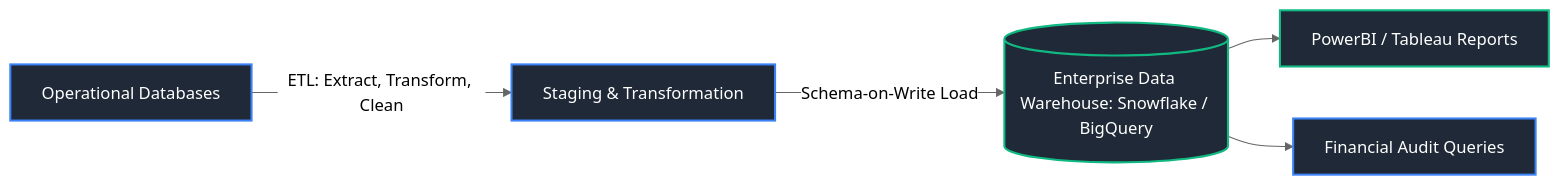
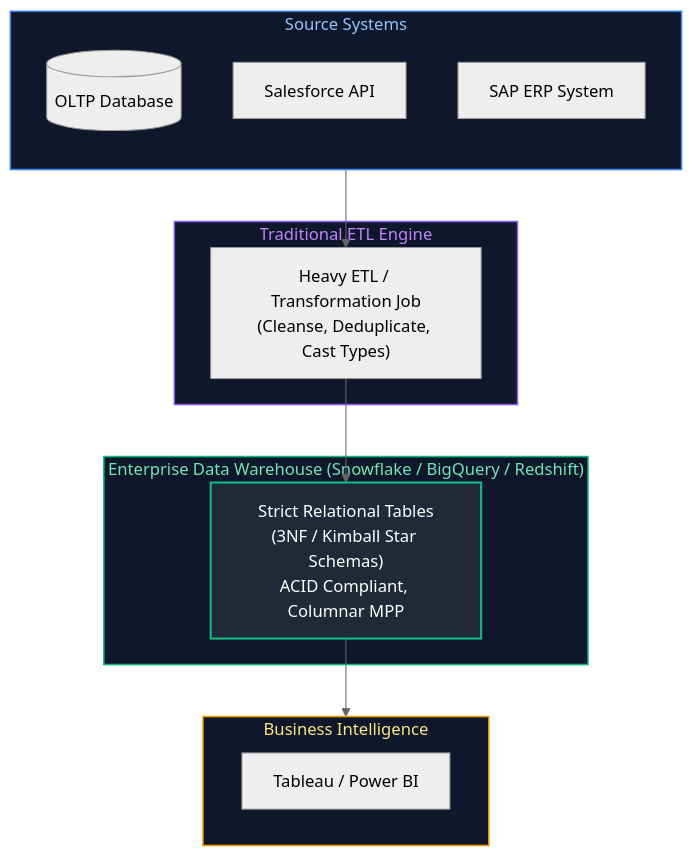
Before and after one commit to joydeep-biswas/Interview-Preparation: the third of 30 diagrams in Data Engineering/06_data_architecture_and_modeling.md, drawn with Mermaid (neutral theme). The commit also changed other lines of this file and 143 other files, not shown here.

````diff
--- a/Data Engineering/06_data_architecture_and_modeling.md
+++ b/Data Engineering/06_data_architecture_and_modeling.md
@@ -152,13 +166,31 @@
 ```mermaid
-flowchart LR
-    Sources[Operational Databases] -->|ETL: Extract, Transform, Clean| Cleanse[Staging & Transformation]
-    Cleanse -->|Schema-on-Write Load| EDW[(Enterprise Data Warehouse: Snowflake / BigQuery)]
-    EDW --> BI[PowerBI / Tableau Reports]
-    EDW --> Fin[Financial Audit Queries]
+flowchart TD
+    subgraph OperationalSources ["Source Systems"]
+        direction TD
+        OLTP[(OLTP Database)]
+        CRM[Salesforce API]
+        ERP[SAP ERP System]
+    end
 
-    style Sources fill:#1f2937,stroke:#3b82f6,stroke-width:2px,color:#fff
-    style Cleanse fill:#1f2937,stroke:#3b82f6,stroke-width:2px,color:#fff
-    style EDW fill:#1f2937,stroke:#10b981,stroke-width:2px,color:#fff
-    style BI fill:#1f2937,stroke:#10b981,stroke-width:2px,color:#fff
-    style Fin fill:#1f2937,stroke:#3b82f6,stroke-width:2px,color:#fff
+    subgraph BatchETL ["Traditional ETL Engine"]
+        Informatica["Heavy ETL / Transformation Job<br/>(Cleanse, Deduplicate, Cast Types)"]
+    end
+
+    subgraph EDW ["Enterprise Data Warehouse (Snowflake / BigQuery / Redshift)"]
+        Tables["Strict Relational Tables<br/>(3NF / Kimball Star Schemas)<br/>ACID Compliant, Columnar MPP"]
+    end
+
+    subgraph Consumers ["Business Intelligence"]
+        Tableau[Tableau / Power BI]
+    end
+
+    OperationalSources --> Informatica
+    Informatica --> Tables
+    Tables --> Consumers
+
+    style OperationalSources fill:#0f172a,stroke:#3b82f6,stroke-width:1.5px,color:#93c5fd
+    style BatchETL fill:#0f172a,stroke:#8b5cf6,stroke-width:1.5px,color:#c084fc
+    style EDW fill:#0f172a,stroke:#10b981,stroke-width:1.5px,color:#6ee7b7
+    style Consumers fill:#0f172a,stroke:#f59e0b,stroke-width:1.5px,color:#fde68a
+    style Tables fill:#1f2937,stroke:#10b981,stroke-width:2px,color:#fff
 ```
````
